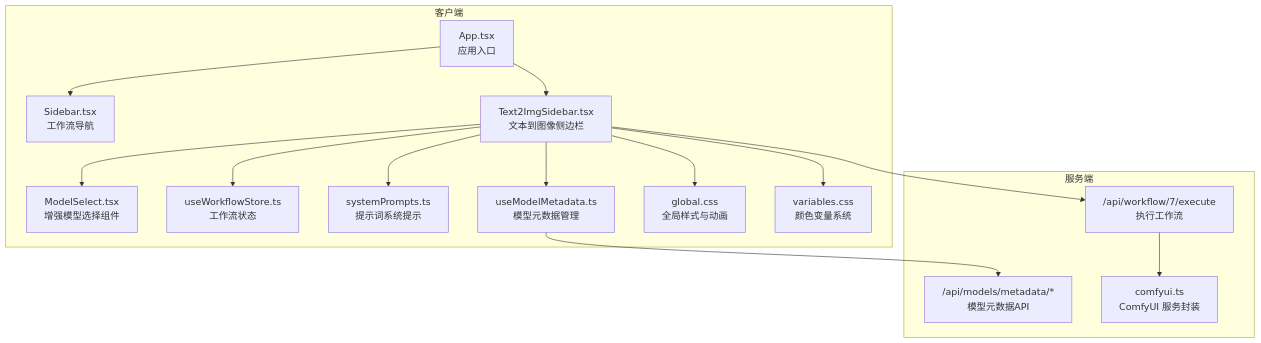
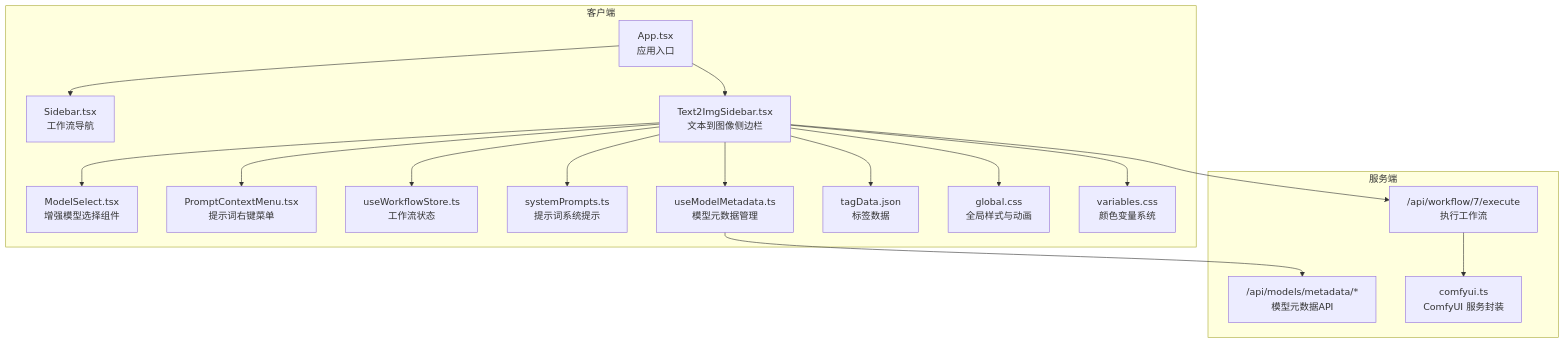
The first of 4 diagrams in .qoder/repowiki/zh/content/用户界面组件/控制面板组件/文本到图像侧边栏.md (billye220670/CorineKit_Pix2Real), drawn with Mermaid before and after one commit. The commit also changed other lines of this file and 4 other files, not shown here.

````diff
--- a/.qoder/repowiki/zh/content/用户界面组件/控制面板组件/文本到图像侧边栏.md
+++ b/.qoder/repowiki/zh/content/用户界面组件/控制面板组件/文本到图像侧边栏.md
@@ -57,30 +61,34 @@
 ```mermaid
 graph TB
 subgraph "客户端"
 APP["App.tsx<br/>应用入口"]
 SIDEBAR["Sidebar.tsx<br/>工作流导航"]
 T2I["Text2ImgSidebar.tsx<br/>文本到图像侧边栏"]
 MODELSELECT["ModelSelect.tsx<br/>增强模型选择组件"]
+PROMPTCONTEXT["PromptContextMenu.tsx<br/>提示词右键菜单"]
 STORE["useWorkflowStore.ts<br/>工作流状态"]
 PROMPT["systemPrompts.ts<br/>提示词系统提示"]
 METADATA["useModelMetadata.ts<br/>模型元数据管理"]
+TAGDATA["tagData.json<br/>标签数据"]
 GLOBALS["global.css<br/>全局样式与动画"]
 VARS["variables.css<br/>颜色变量系统"]
 end
 subgraph "服务端"
 API["/api/workflow/7/execute<br/>执行工作流"]
 CATEGORIES["/api/models/metadata/*<br/>模型元数据API"]
 CUISVC["comfyui.ts<br/>ComfyUI 服务封装"]
 end
 APP --> SIDEBAR
 APP --> T2I
 T2I --> MODELSELECT
+T2I --> PROMPTCONTEXT
 T2I --> STORE
 T2I --> PROMPT
 T2I --> METADATA
+T2I --> TAGDATA
 T2I --> GLOBALS
 T2I --> VARS
 T2I --> API
 API --> CUISVC
 METADATA --> CATEGORIES
 ```
````
